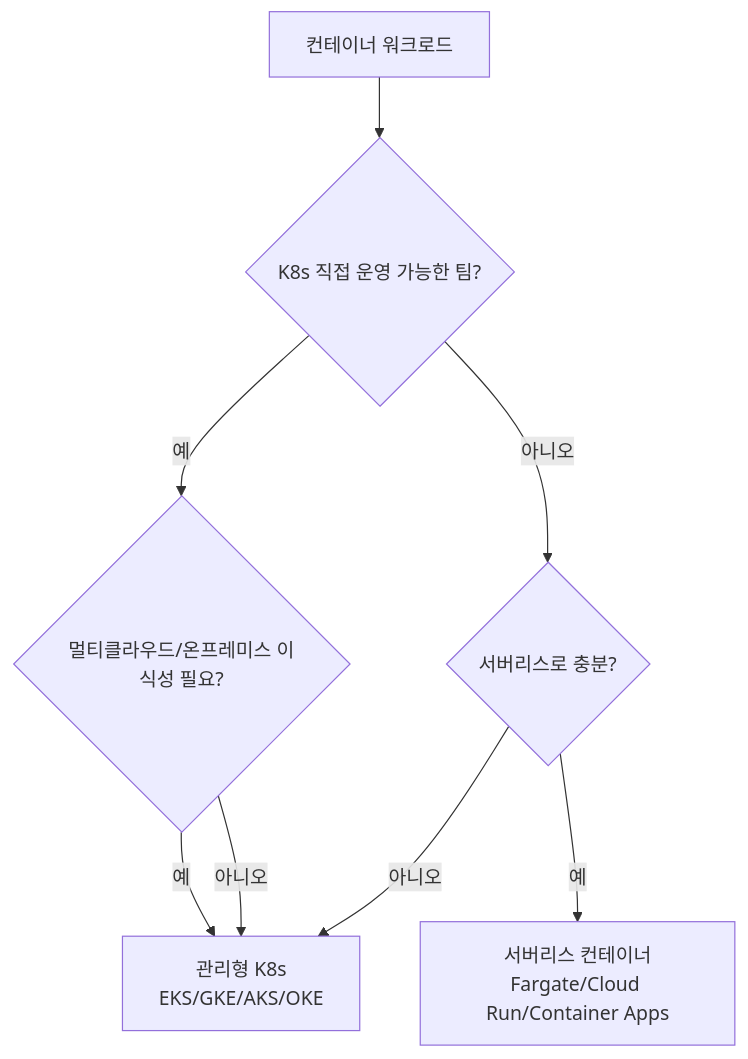
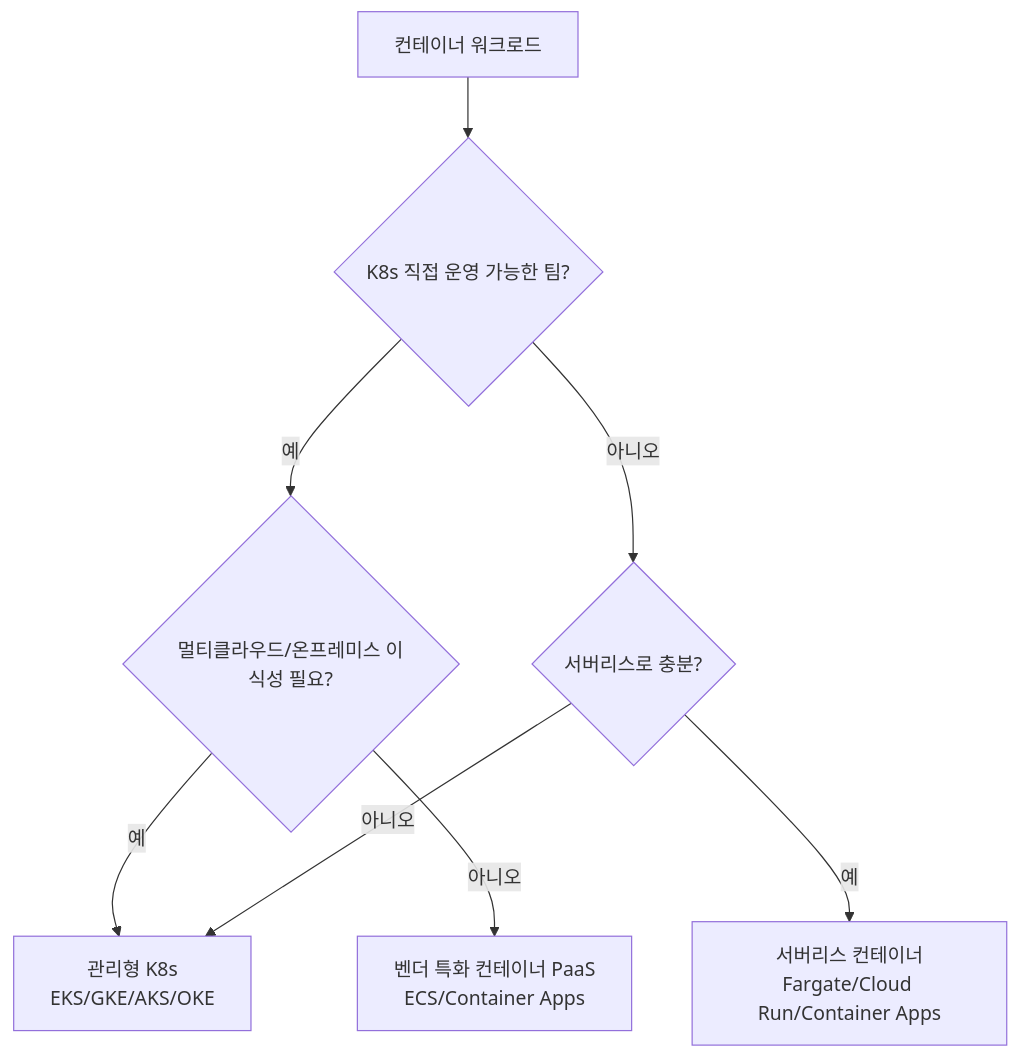
One commit to cloudpickr/cloudpick-docs changed the diagram in compute/containers.md. Above: the diagram before and after it, drawn with Mermaid. The commit also changed 3 other files, not shown here.

````diff
--- a/compute/containers.md
+++ b/compute/containers.md
@@ -61,10 +61,10 @@
 ```mermaid
 flowchart TD
     A[컨테이너 워크로드] --> B{K8s 직접 운영 가능한 팀?}
     B -->|예| C{멀티클라우드/온프레미스 이식성 필요?}
     B -->|아니오| D{서버리스로 충분?}
     C -->|예| E[관리형 K8s<br/>EKS/GKE/AKS/OKE]
-    C -->|아니오| E
+    C -->|아니오| G[벤더 특화 컨테이너 PaaS<br/>ECS/Container Apps]
     D -->|예| F[서버리스 컨테이너<br/>Fargate/Cloud Run/Container Apps]
     D -->|아니오| E
 ```
````
